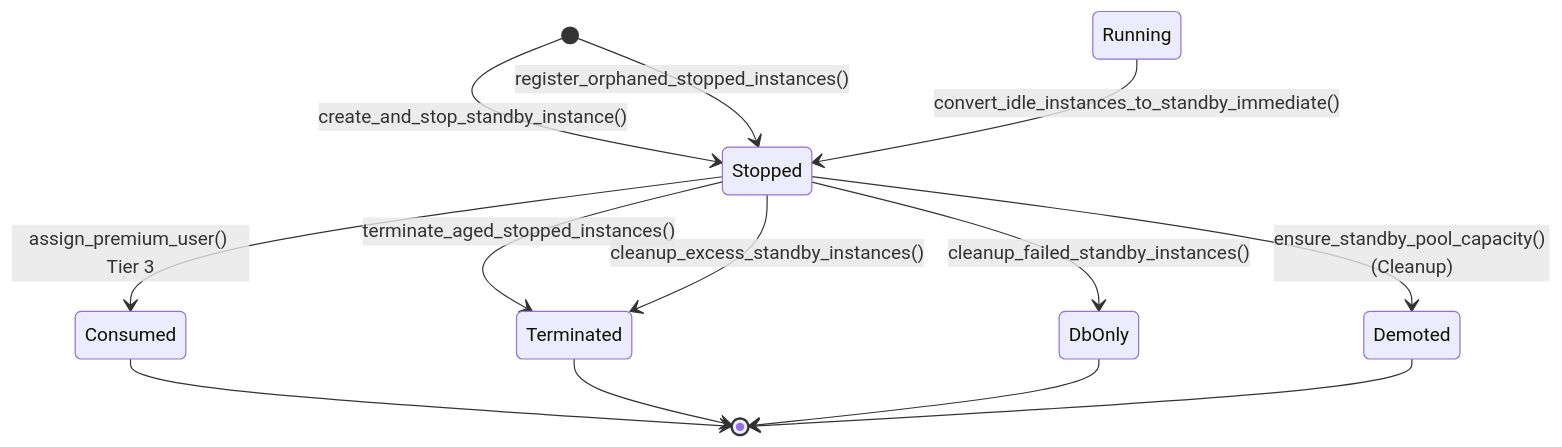
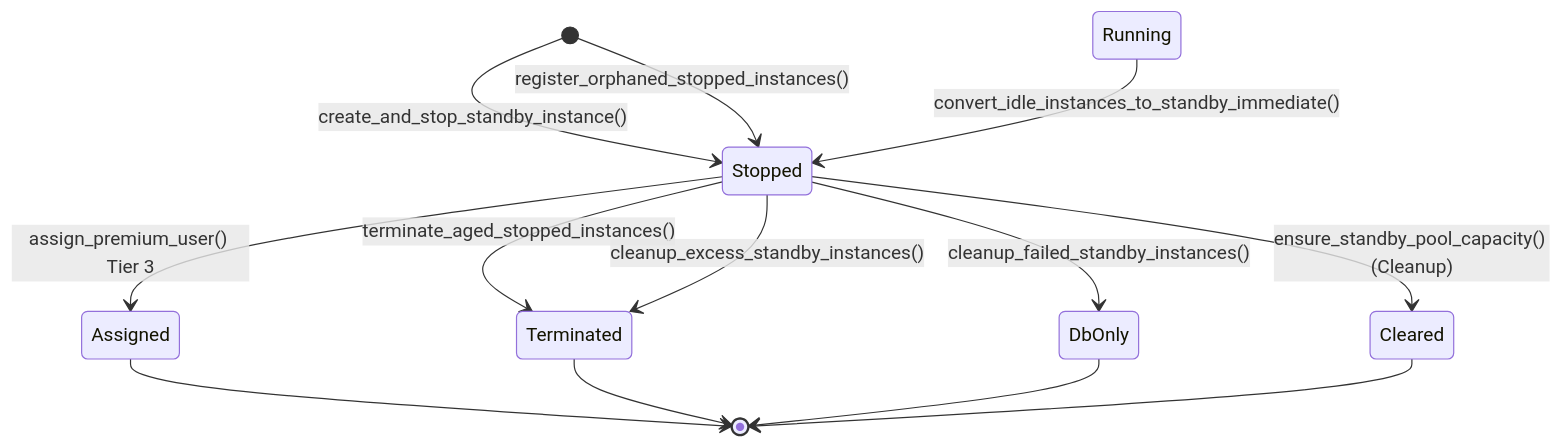
The fifth of 5 diagrams in infrastructure/documentation/PREMIUM_USER_ASSIGNMENT.md (arayabrain/araya-optinist), drawn with Mermaid before and after one commit. The commit also changed other lines of this file, not shown here.

````diff
--- a/infrastructure/documentation/PREMIUM_USER_ASSIGNMENT.md
+++ b/infrastructure/documentation/PREMIUM_USER_ASSIGNMENT.md
@@ -559,15 +559,15 @@
 ```mermaid
 stateDiagram-v2
     [*] --> Stopped: create_and_stop_standby_instance()
     [*] --> Stopped: register_orphaned_stopped_instances()
     Running --> Stopped: convert_idle_instances_to_standby_immediate()
-    Stopped --> Consumed: assign_premium_user() Tier 3
+    Stopped --> Assigned: assign_premium_user() Tier 3
     Stopped --> Terminated: terminate_aged_stopped_instances()
     Stopped --> Terminated: cleanup_excess_standby_instances()
     Stopped --> DbOnly: cleanup_failed_standby_instances()
-    Stopped --> Demoted: ensure_standby_pool_capacity() (Cleanup)
-    Consumed --> [*]
+    Stopped --> Cleared: ensure_standby_pool_capacity() (Cleanup)
+    Assigned --> [*]
     Terminated --> [*]
     DbOnly --> [*]
-    Demoted --> [*]
+    Cleared --> [*]
 ```
````
